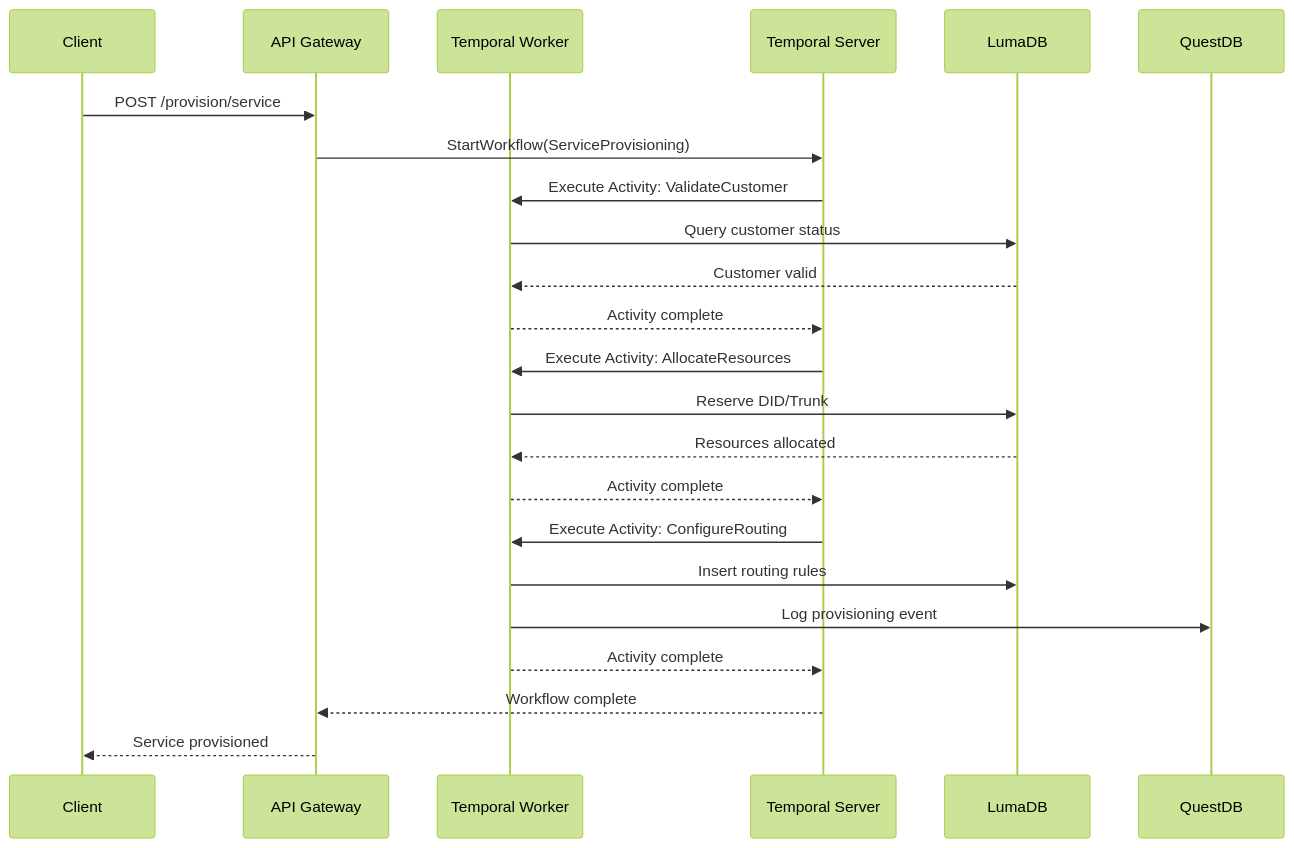
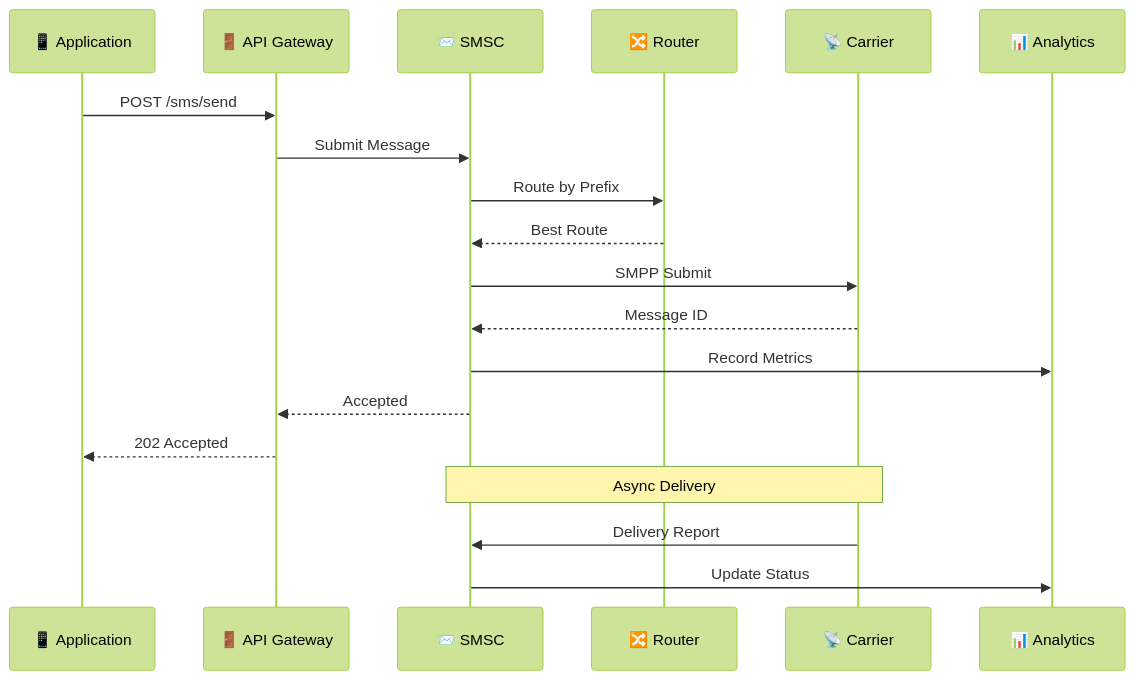
One commit to billyronks/Project-Catalyst-Merged changed the fourth of 7 diagrams in unified-brivas-platform/docs/ARCHITECTURE.md. Above: the diagram before and after it, drawn with Mermaid (forest theme). The commit also changed other lines of this file and 13 other files, not shown here.

First line of the commit message:
refactor: Consolidate voice infrastructure and update architecture docs

````diff
--- a/unified-brivas-platform/docs/ARCHITECTURE.md
+++ b/unified-brivas-platform/docs/ARCHITECTURE.md
@@ -174,29 +260,24 @@
 ```mermaid
 sequenceDiagram
-    participant C as Client
-    participant API as API Gateway
-    participant TW as Temporal Worker
-    participant TS as Temporal Server
-    participant DB as LumaDB
-    participant AN as QuestDB
+    participant App as 📱 Application
+    participant API as 🚪 API Gateway
+    participant SMSC as 📨 SMSC
+    participant Router as 🔀 Router
+    participant Carrier as 📡 Carrier
+    participant Analytics as 📊 Analytics
 
-    C->>API: POST /provision/service
-    API->>TS: StartWorkflow(ServiceProvisioning)
-    TS->>TW: Execute Activity: ValidateCustomer
-    TW->>DB: Query customer status
-    DB-->>TW: Customer valid
-    TW-->>TS: Activity complete
+    App->>API: POST /sms/send
+    API->>SMSC: Submit Message
+    SMSC->>Router: Route by Prefix
+    Router-->>SMSC: Best Route
+    SMSC->>Carrier: SMPP Submit
+    Carrier-->>SMSC: Message ID
+    SMSC->>Analytics: Record Metrics
+    SMSC-->>API: Accepted
+    API-->>App: 202 Accepted
     
-    TS->>TW: Execute Activity: AllocateResources
-    TW->>DB: Reserve DID/Trunk
-    DB-->>TW: Resources allocated
-    TW-->>TS: Activity complete
+    Note over Carrier,SMSC: Async Delivery
     
-    TS->>TW: Execute Activity: ConfigureRouting
-    TW->>DB: Insert routing rules
-    TW->>AN: Log provisioning event
-    TW-->>TS: Activity complete
-    
-    TS-->>API: Workflow complete
-    API-->>C: Service provisioned
+    Carrier->>SMSC: Delivery Report
+    SMSC->>Analytics: Update Status
 ```
````
